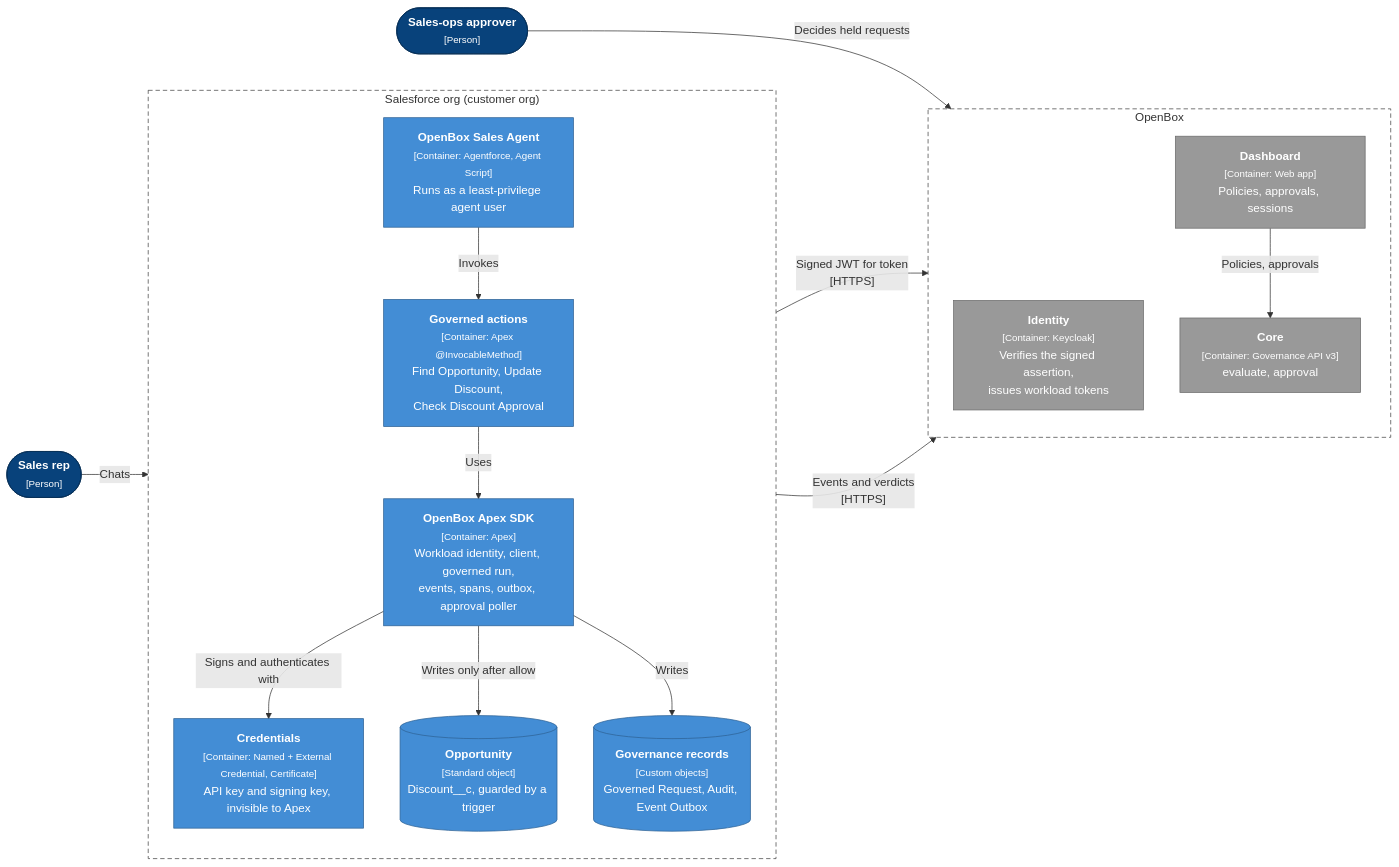
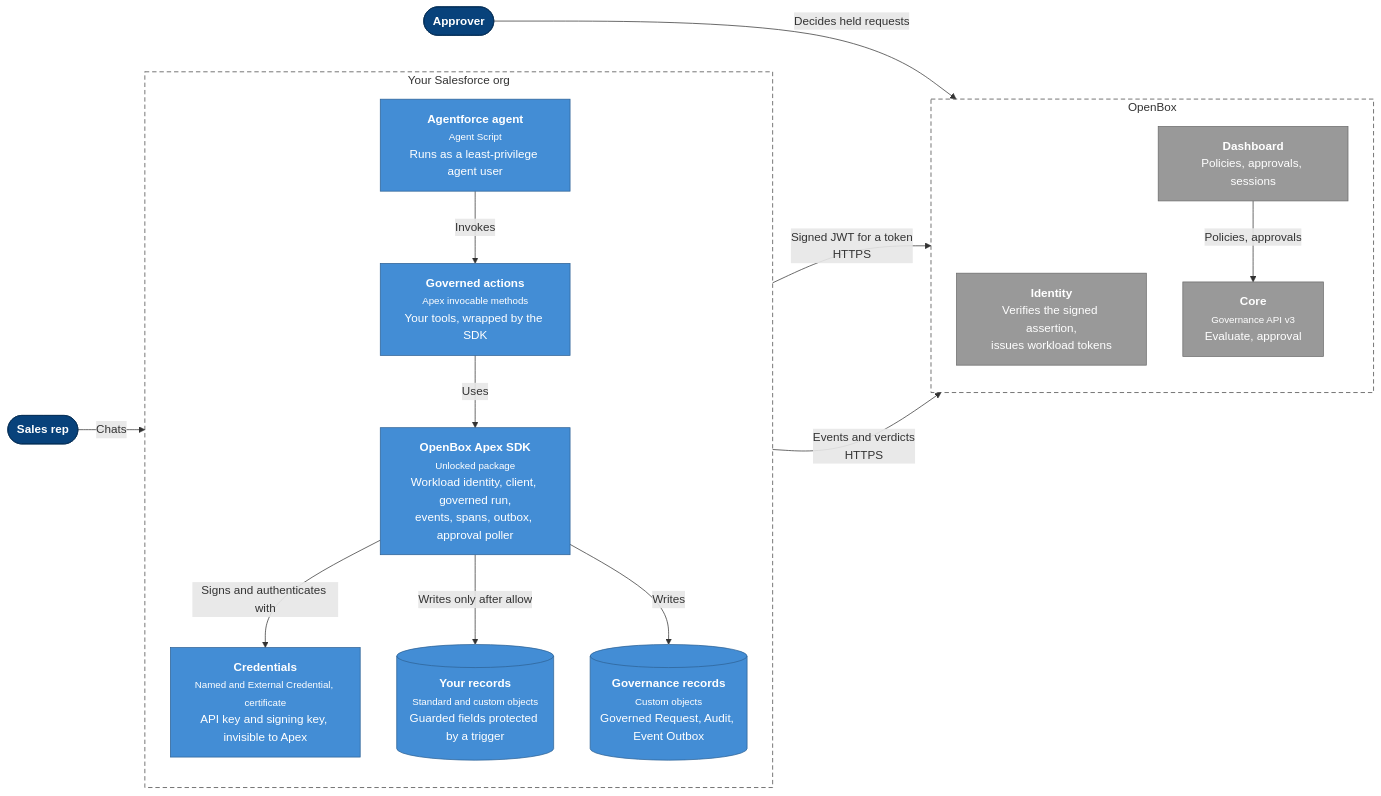
One commit to OpenBox-AI/openbox-agentforce-sdk changed the second of 7 diagrams in README.md. Above: the diagram before and after it, drawn with Mermaid. The commit also changed other lines of this file and 2 other files, not shown here.

First line of the commit message:
PROD-1019 Public README; package alias points at the Dev Hub's package

````diff
--- a/README.md
+++ b/README.md
@@ -83,41 +84,41 @@
 ```mermaid
 flowchart LR
-  rep(["<b>Sales rep</b><br/><small>[Person]</small>"]):::person
+  rep(["<b>Sales rep</b>"]):::person
 
-  subgraph org["Salesforce org (customer org)"]
+  subgraph org["Your Salesforce org"]
     direction TB
-    agent["<b>OpenBox Sales Agent</b><br/><small>[Container: Agentforce, Agent Script]</small><br/>Runs as a least-privilege agent user"]:::container
-    actions["<b>Governed actions</b><br/><small>[Container: Apex @InvocableMethod]</small><br/>Find Opportunity, Update Discount,<br/>Check Discount Approval"]:::container
-    sdk["<b>OpenBox Apex SDK</b><br/><small>[Container: Apex]</small><br/>Workload identity, client, governed run,<br/>events, spans, outbox, approval poller"]:::container
-    creds["<b>Credentials</b><br/><small>[Container: Named + External Credential, Certificate]</small><br/>API key and signing key, invisible to Apex"]:::container
-    opp[("<b>Opportunity</b><br/><small>[Standard object]</small><br/>Discount__c, guarded by a trigger")]:::db
-    records[("<b>Governance records</b><br/><small>[Custom objects]</small><br/>Governed Request, Audit, Event Outbox")]:::db
+    agent["<b>Agentforce agent</b><br/><small>Agent Script</small><br/>Runs as a least-privilege agent user"]:::part
+    actions["<b>Governed actions</b><br/><small>Apex invocable methods</small><br/>Your tools, wrapped by the SDK"]:::part
+    sdk["<b>OpenBox Apex SDK</b><br/><small>Unlocked package</small><br/>Workload identity, client, governed run,<br/>events, spans, outbox, approval poller"]:::part
+    creds["<b>Credentials</b><br/><small>Named and External Credential, certificate</small><br/>API key and signing key, invisible to Apex"]:::part
+    data[("<b>Your records</b><br/><small>Standard and custom objects</small><br/>Guarded fields protected by a trigger")]:::store
+    records[("<b>Governance records</b><br/><small>Custom objects</small><br/>Governed Request, Audit, Event Outbox")]:::store
   end
 
   subgraph ob["OpenBox"]
     direction TB
-    identity["<b>Identity</b><br/><small>[Container: Keycloak]</small><br/>Verifies the signed assertion,<br/>issues workload tokens"]:::external
-    core["<b>Core</b><br/><small>[Container: Governance API v3]</small><br/>evaluate, approval"]:::external
-    dash["<b>Dashboard</b><br/><small>[Container: Web app]</small><br/>Policies, approvals, sessions"]:::external
+    identity["<b>Identity</b><br/>Verifies the signed assertion,<br/>issues workload tokens"]:::external
+    core["<b>Core</b><br/><small>Governance API v3</small><br/>Evaluate, approval"]:::external
+    dash["<b>Dashboard</b><br/>Policies, approvals, sessions"]:::external
   end
 
-  approver(["<b>Sales-ops approver</b><br/><small>[Person]</small>"]):::person
+  approver(["<b>Approver</b>"]):::person
 
   rep -- "Chats" --> agent
   agent -- "Invokes" --> actions
   actions -- "Uses" --> sdk
   sdk -- "Signs and authenticates with" --> creds
-  sdk -- "Writes only after allow" --> opp
+  sdk -- "Writes only after allow" --> data
   sdk -- "Writes" --> records
-  sdk -- "Signed JWT for token<br/>[HTTPS]" --> identity
-  sdk -- "Events and verdicts<br/>[HTTPS]" --> core
+  sdk -- "Signed JWT for a token<br/>HTTPS" --> identity
+  sdk -- "Events and verdicts<br/>HTTPS" --> core
   dash -- "Policies, approvals" --> core
   approver -- "Decides held requests" --> dash
 
   classDef person fill:#08427b,stroke:#052e56,color:#fff
-  classDef container fill:#438dd5,stroke:#2e6295,color:#fff
-  classDef db fill:#438dd5,stroke:#2e6295,color:#fff
+  classDef part fill:#438dd5,stroke:#2e6295,color:#fff
+  classDef store fill:#438dd5,stroke:#2e6295,color:#fff
   classDef external fill:#999999,stroke:#6b6b6b,color:#fff
   style org fill:none,stroke:#444,stroke-dasharray:6 4
   style ob fill:none,stroke:#444,stroke-dasharray:6 4
 ```
````
